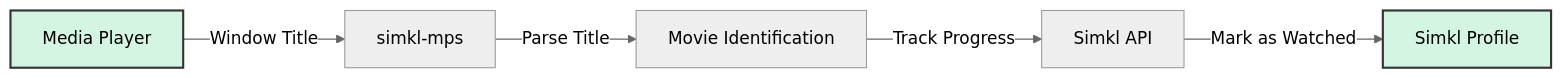
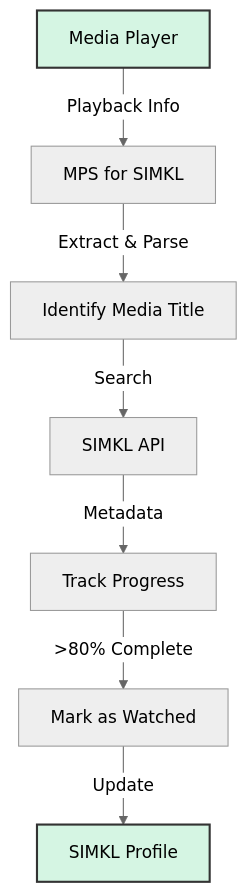
The diagram in README.md (ByteTrix/Media-Player-Scrobbler-for-Simkl), drawn with Mermaid (neutral theme) before and after one commit. The commit also changed other lines of this file and 15 other files, not shown here.

````diff
--- a/README.md
+++ b/README.md
@@ -61,9 +44,11 @@
 ```mermaid
-graph LR
-    A[Media Player] -->|Window Title| B[simkl-mps]
-    B -->|Parse Title| C[Movie Identification]
-    C -->|Track Progress| D[Simkl API]
-    D -->|Mark as Watched| E[Simkl Profile]
+graph TD
+    A[Media Player] -->|Playback Info| B[MPS for SIMKL]
+    B -->|Extract & Parse| C[Identify Media Title]
+    C -->|Search| D[SIMKL API]
+    D -->|Metadata| E[Track Progress]
+    E -->|>80% Complete| F[Mark as Watched]
+    F -->|Update| G[SIMKL Profile]
     style A fill:#d5f5e3,stroke:#333,stroke-width:2px
-    style E fill:#d5f5e3,stroke:#333,stroke-width:2px
+    style G fill:#d5f5e3,stroke:#333,stroke-width:2px
 ```
````
